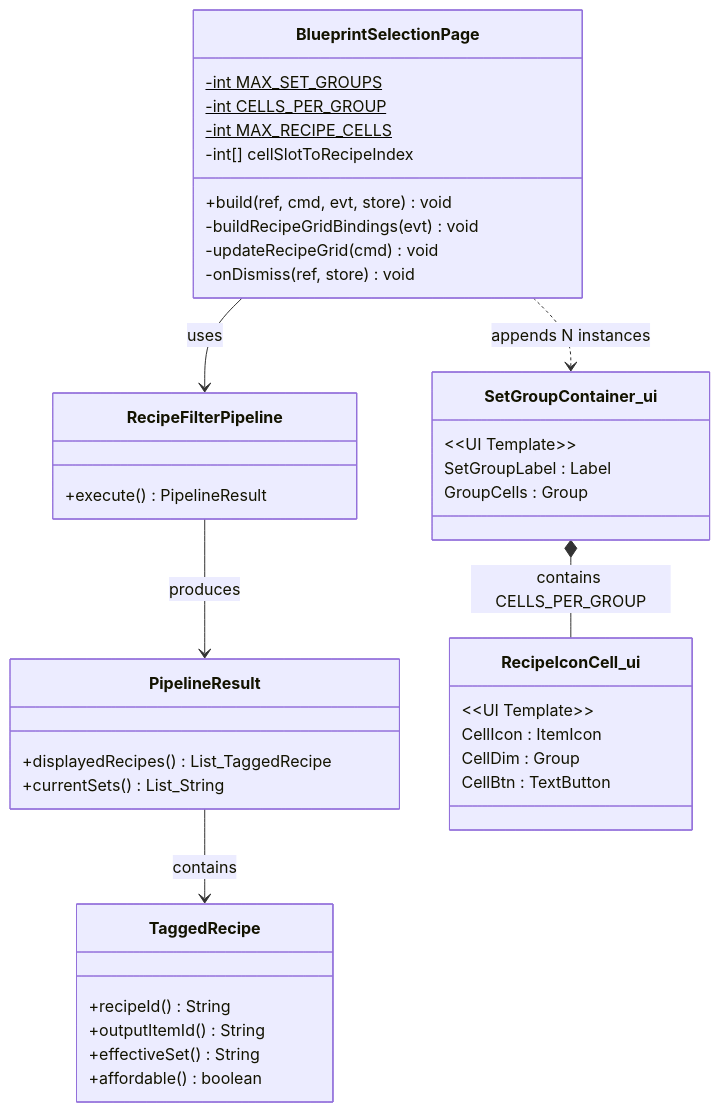
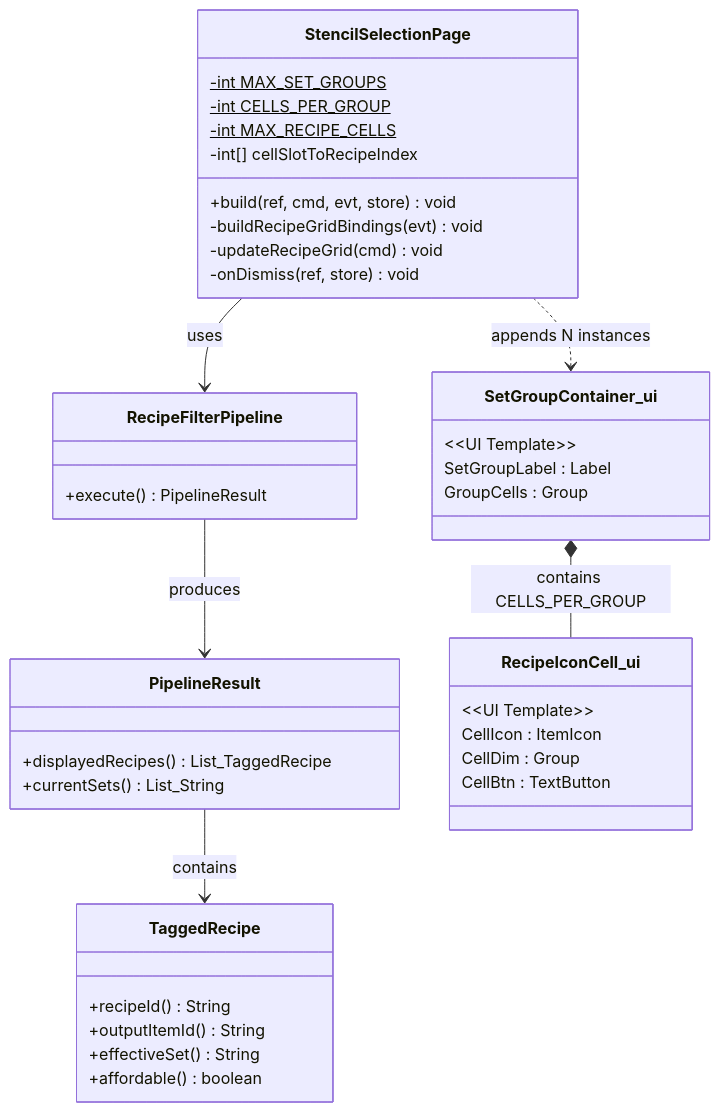
One commit to TheCodeCreature/Hytale-Example-Plugin changed the first of 3 diagrams in docs/design-recipe-grid-set-grouping.md. Above: the diagram before and after it, drawn with Mermaid. The commit also changed other lines of this file and 289 other files, not shown here.

````diff
--- a/docs/design-recipe-grid-set-grouping.md
+++ b/docs/design-recipe-grid-set-grouping.md
@@ -16,48 +16,48 @@
 ```mermaid
 classDiagram
-    class BlueprintSelectionPage {
+    class StencilSelectionPage {
         -int MAX_SET_GROUPS$
         -int CELLS_PER_GROUP$
         -int MAX_RECIPE_CELLS$
         -int[] cellSlotToRecipeIndex
         +build(ref, cmd, evt, store) void
         -buildRecipeGridBindings(evt) void
         -updateRecipeGrid(cmd) void
         -onDismiss(ref, store) void
     }
 
     class RecipeFilterPipeline {
         +execute() PipelineResult
     }
 
     class TaggedRecipe {
         +recipeId() String
         +outputItemId() String
         +effectiveSet() String
         +affordable() boolean
     }
 
     class PipelineResult {
         +displayedRecipes() List_TaggedRecipe
         +currentSets() List_String
     }
 
     class SetGroupContainer_ui {
         &lt;&lt;UI Template&gt;&gt;
         SetGroupLabel : Label
         GroupCells : Group
     }
 
     class RecipeIconCell_ui {
         &lt;&lt;UI Template&gt;&gt;
         CellIcon : ItemIcon
         CellDim : Group
         CellBtn : TextButton
     }
 
-    BlueprintSelectionPage --> RecipeFilterPipeline : uses
+    StencilSelectionPage --> RecipeFilterPipeline : uses
     RecipeFilterPipeline --> PipelineResult : produces
     PipelineResult --> TaggedRecipe : contains
-    BlueprintSelectionPage ..> SetGroupContainer_ui : appends N instances
+    StencilSelectionPage ..> SetGroupContainer_ui : appends N instances
     SetGroupContainer_ui *-- RecipeIconCell_ui : contains CELLS_PER_GROUP
 ```
````
